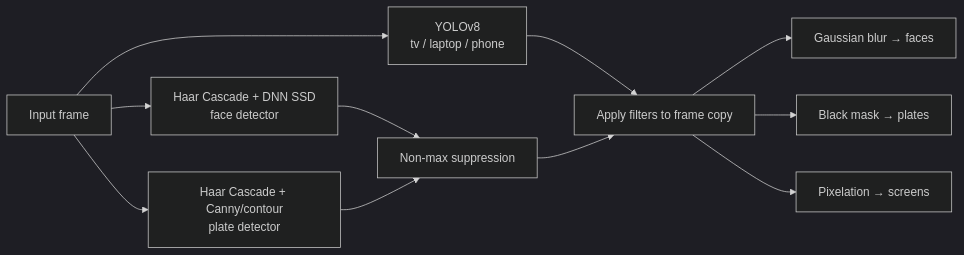
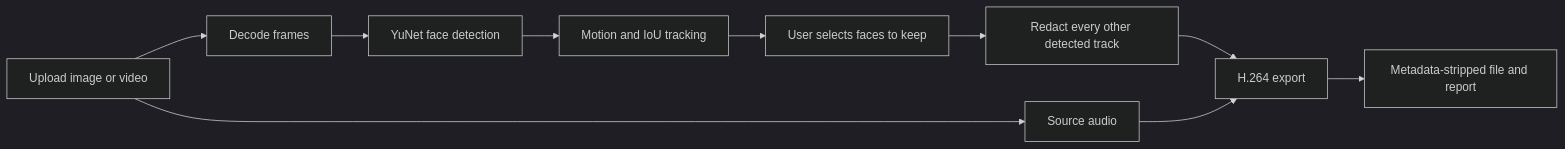
Before and after one commit to Padma-Deepak/privacy-filter-video: the diagram in README.md, drawn with Mermaid (dark theme). The commit also changed other lines of this file and 36 other files, not shown here.

````diff
--- a/README.md
+++ b/README.md
@@ -19,13 +13,12 @@
 ```mermaid
 flowchart LR
-    A[Input frame] --> B[Haar Cascade + DNN SSD<br/>face detector]
-    A --> C[Haar Cascade + Canny/contour<br/>plate detector]
-    A --> D[YOLOv8<br/>tv / laptop / phone]
-    B --> E[Non-max suppression]
-    C --> E
-    D --> F[Apply filters to frame copy]
-    E --> F
-    F --> G[Gaussian blur → faces]
-    F --> H[Black mask → plates]
-    F --> I[Pixelation → screens]
+    A[Upload image or video] --> B[Decode frames]
+    B --> C[YuNet face detection]
+    C --> D[Motion and IoU tracking]
+    D --> E[User selects faces to keep]
+    E --> F[Redact every other detected track]
+    F --> G[H.264 export]
+    A --> H[Source audio]
+    H --> G
+    G --> I[Metadata-stripped file and report]
 ```
````
